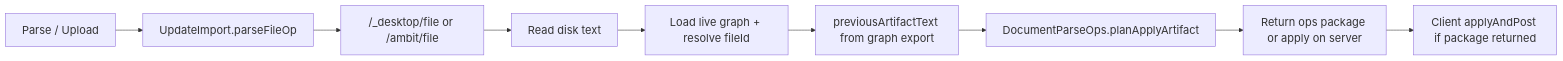
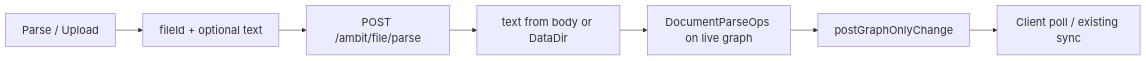
Before and after one commit to abaljeu/ambit: the diagram in doc/roadmap/parse-file-reconcile-current.md, drawn with Mermaid. The commit also changed other lines of this file and 19 other files, not shown here.

````diff
--- a/doc/roadmap/parse-file-reconcile-current.md
+++ b/doc/roadmap/parse-file-reconcile-current.md
@@ -26,12 +28,10 @@
 ```mermaid
 %%{init: {'themeVariables': {'fontSize': '20px'}}}%%
 flowchart LR
-  Cmd["Parse / Upload"] --> Client["UpdateImport.parseFileOp"]
-  Client --> HTTP["/_desktop/file or /ambit/file"]
-  HTTP --> Read["Read disk text"]
-  Read --> Graph["Load live graph + resolve fileId"]
-  Graph --> Prev["previousArtifactText from graph export"]
-  Prev --> Plan["DocumentParseOps.planApplyArtifact"]
-  Plan --> Out["Return ops package or apply on server"]
-  Out --> ClientApply["Client applyAndPost if package returned"]
+  Cmd["Parse / Upload"] --> Client["fileId + optional text"]
+  Client --> POST["POST /ambit/file/parse"]
+  POST --> Text["text from body or DataDir"]
+  Text --> Plan["DocumentParseOps on live graph"]
+  Plan --> Apply["postGraphOnlyChange"]
+  Apply --> Sync["Client poll / existing sync"]
 ```
````
